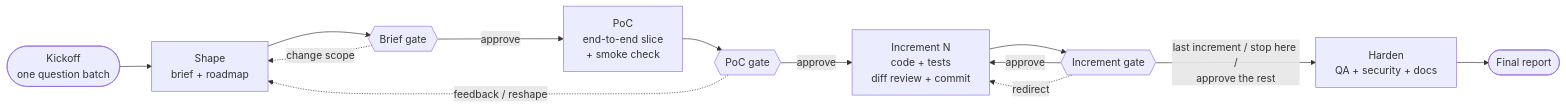
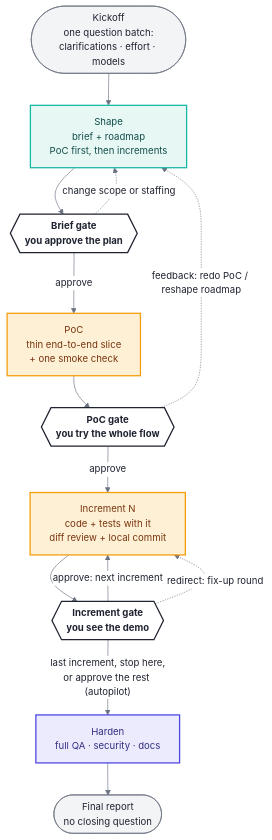
Before and after one commit to orhund8z/dotclaude: the first of 3 diagrams in plugins/squad/skills/squad/README.md, drawn with Mermaid. The commit also changed other lines of this file, not shown here.

First line of the commit message:
docs(squad): style the README Mermaid diagrams

````diff
--- a/plugins/squad/skills/squad/README.md
+++ b/plugins/squad/skills/squad/README.md
@@ -28,15 +28,28 @@
 ```mermaid
-flowchart LR
-    K([Kickoff<br/>one question batch]) --> S[Shape<br/>brief + roadmap]
-    S --> G1{{Brief gate}}
-    G1 -- approve --> P[PoC<br/>end-to-end slice<br/>+ smoke check]
-    G1 -. change scope .-> S
-    P --> G2{{PoC gate}}
-    G2 -. feedback / reshape .-> S
-    G2 -- approve --> I[Increment N<br/>code + tests<br/>diff review + commit]
-    I --> G3{{Increment gate}}
-    G3 -- approve --> I
-    G3 -. redirect .-> I
-    G3 -- "last increment / stop here /<br/>approve the rest" --> H[Harden<br/>QA + security + docs]
-    H --> R([Final report])
+%%{init: {'theme': 'base', 'themeVariables': {'fontFamily': 'Inter, Segoe UI, Helvetica, Arial, sans-serif', 'fontSize': '15px', 'primaryColor': '#ffffff', 'primaryBorderColor': '#9ca3af', 'primaryTextColor': '#1f2330', 'lineColor': '#6b7280', 'edgeLabelBackground': '#ffffff'}}}%%
+flowchart TD
+    K([Kickoff<br/>one question batch:<br/>clarifications · effort · models]):::io
+    S[Shape<br/>brief + roadmap<br/>PoC first, then increments]:::shape
+    G1{{Brief gate<br/>you approve the plan}}:::gate
+    P[PoC<br/>thin end-to-end slice<br/>+ one smoke check]:::build
+    G2{{PoC gate<br/>you try the whole flow}}:::gate
+    I[Increment N<br/>code + tests with it<br/>diff review + local commit]:::build
+    G3{{Increment gate<br/>you see the demo}}:::gate
+    H[Harden<br/>full QA · security · docs]:::review
+    R([Final report<br/>no closing question]):::io
+
+    K --> S --> G1
+    G1 -- approve --> P --> G2
+    G1 -. change scope or staffing .-> S
+    G2 -- approve --> I --> G3
+    G2 -. feedback: redo PoC / reshape roadmap .-> S
+    G3 -- approve: next increment --> I
+    G3 -. redirect: fix-up round .-> I
+    G3 -- "last increment, stop here,<br/>or approve the rest (autopilot)" --> H --> R
+    classDef io fill:#f3f4f6,stroke:#6b7280,color:#1f2330
+    classDef shape fill:#e6f7f4,stroke:#14b8a6,stroke-width:2px,color:#134e4a
+    classDef build fill:#fdf0d5,stroke:#f59e0b,stroke-width:2px,color:#78350f
+    classDef review fill:#ecebfd,stroke:#4f46e5,stroke-width:2px,color:#312e81
+    classDef gate fill:#ffffff,stroke:#1f2330,stroke-width:2px,color:#1f2330,font-weight:bold
+    classDef store fill:#f8f6f1,stroke:#9ca3af,color:#374151
 ```
````
